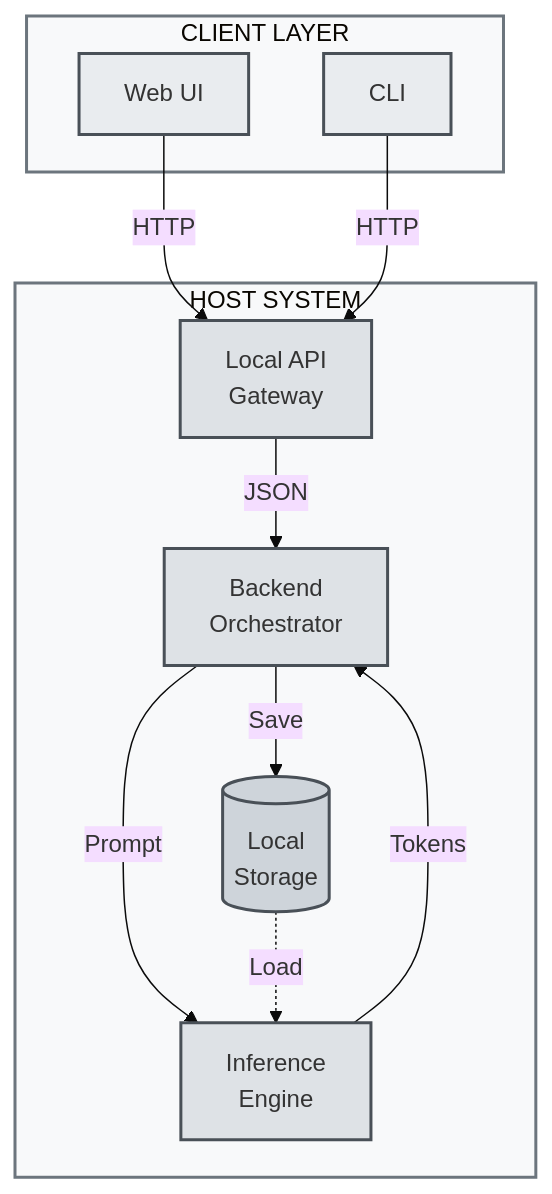
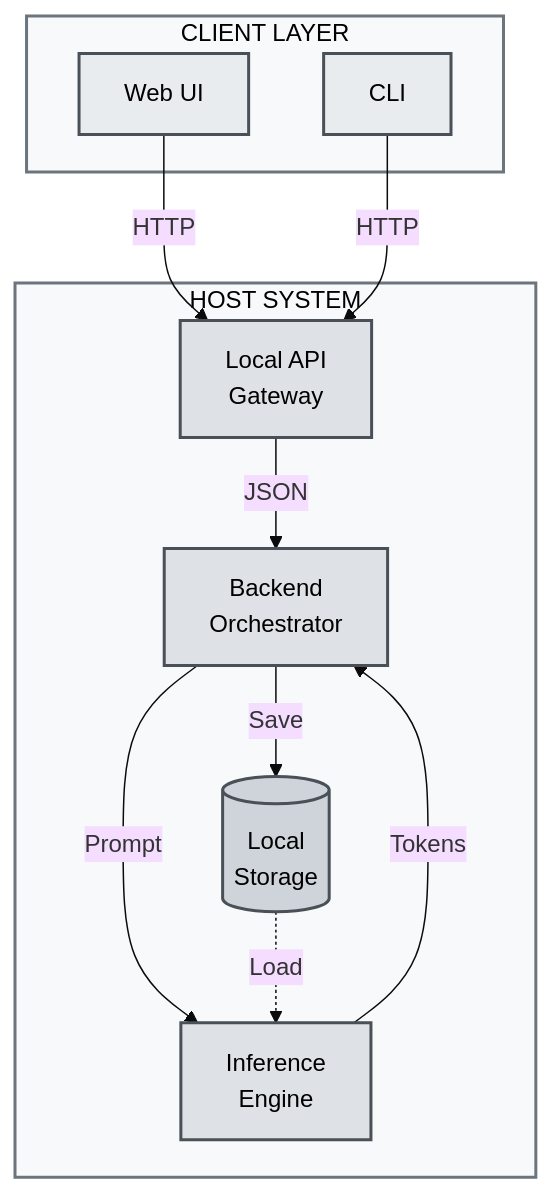
Before and after one commit to ak23bar/Pocket-Brain: the diagram in README.md, drawn with Mermaid (base theme).

Commit message:
Fixed README Diagram text

````diff
--- a/README.md
+++ b/README.md
@@ -26,31 +26,31 @@
 ```mermaid
 flowchart TB
     subgraph clients["CLIENT LAYER"]
         WebUI["Web UI"]
         CLI["CLI"]
     end
     
     subgraph host["HOST SYSTEM"]
         API["Local API<br/>Gateway"]
         Backend["Backend<br/>Orchestrator"]
         Engine["Inference<br/>Engine"]
         Storage[("Local<br/>Storage")]
     end
     
     WebUI -->|HTTP| API
     CLI -->|HTTP| API
     API -->|JSON| Backend
     Backend -->|Prompt| Engine
     Engine -->|Tokens| Backend
     Backend -->|Save| Storage
     Storage -.->|Load| Engine
     
-    style clients fill:#f8f9fa,stroke:#6c757d,stroke-width:2px
-    style host fill:#f8f9fa,stroke:#6c757d,stroke-width:2px
-    style WebUI fill:#e9ecef,stroke:#495057,stroke-width:2px
-    style CLI fill:#e9ecef,stroke:#495057,stroke-width:2px
-    style API fill:#dee2e6,stroke:#495057,stroke-width:2px
-    style Backend fill:#dee2e6,stroke:#495057,stroke-width:2px
-    style Engine fill:#dee2e6,stroke:#495057,stroke-width:2px
-    style Storage fill:#ced4da,stroke:#495057,stroke-width:2px
+    style clients fill:#f8f9fa,stroke:#6c757d,stroke-width:2px,color:#000
+    style host fill:#f8f9fa,stroke:#6c757d,stroke-width:2px,color:#000
+    style WebUI fill:#e9ecef,stroke:#495057,stroke-width:2px,color:#000
+    style CLI fill:#e9ecef,stroke:#495057,stroke-width:2px,color:#000
+    style API fill:#dee2e6,stroke:#495057,stroke-width:2px,color:#000
+    style Backend fill:#dee2e6,stroke:#495057,stroke-width:2px,color:#000
+    style Engine fill:#dee2e6,stroke:#495057,stroke-width:2px,color:#000
+    style Storage fill:#ced4da,stroke:#495057,stroke-width:2px,color:#000
 ```
````
